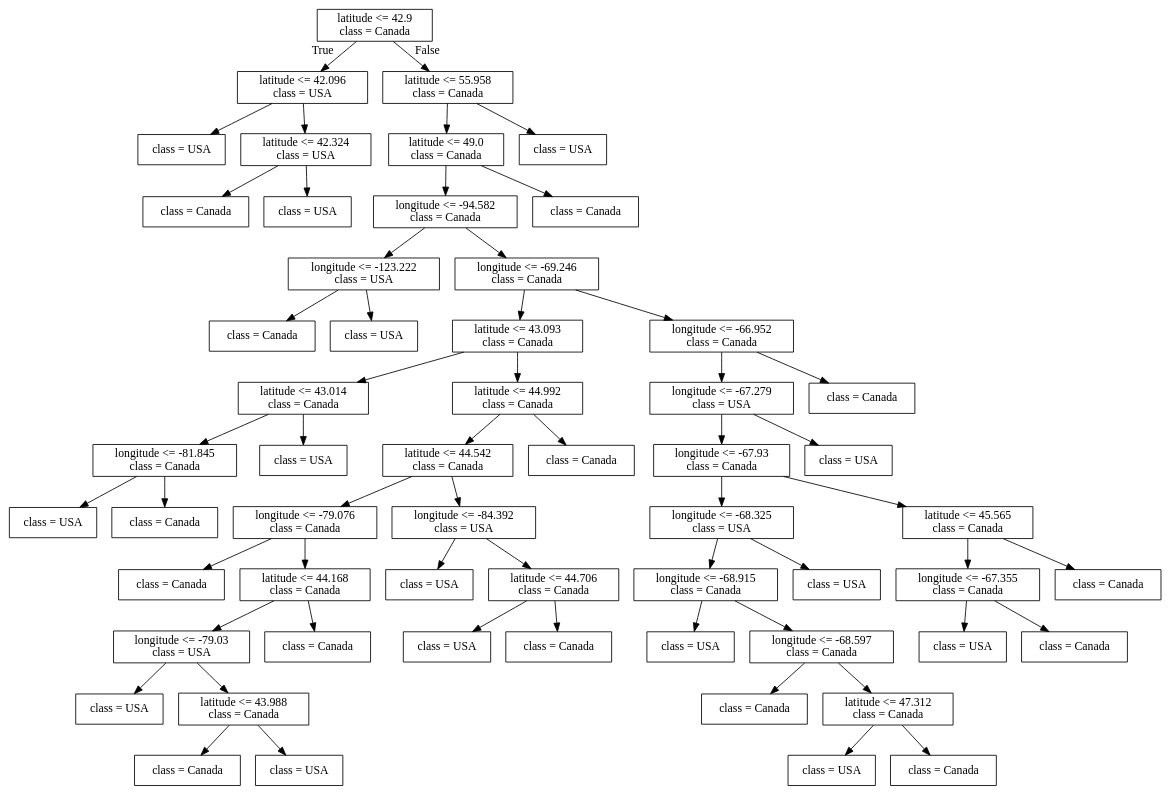
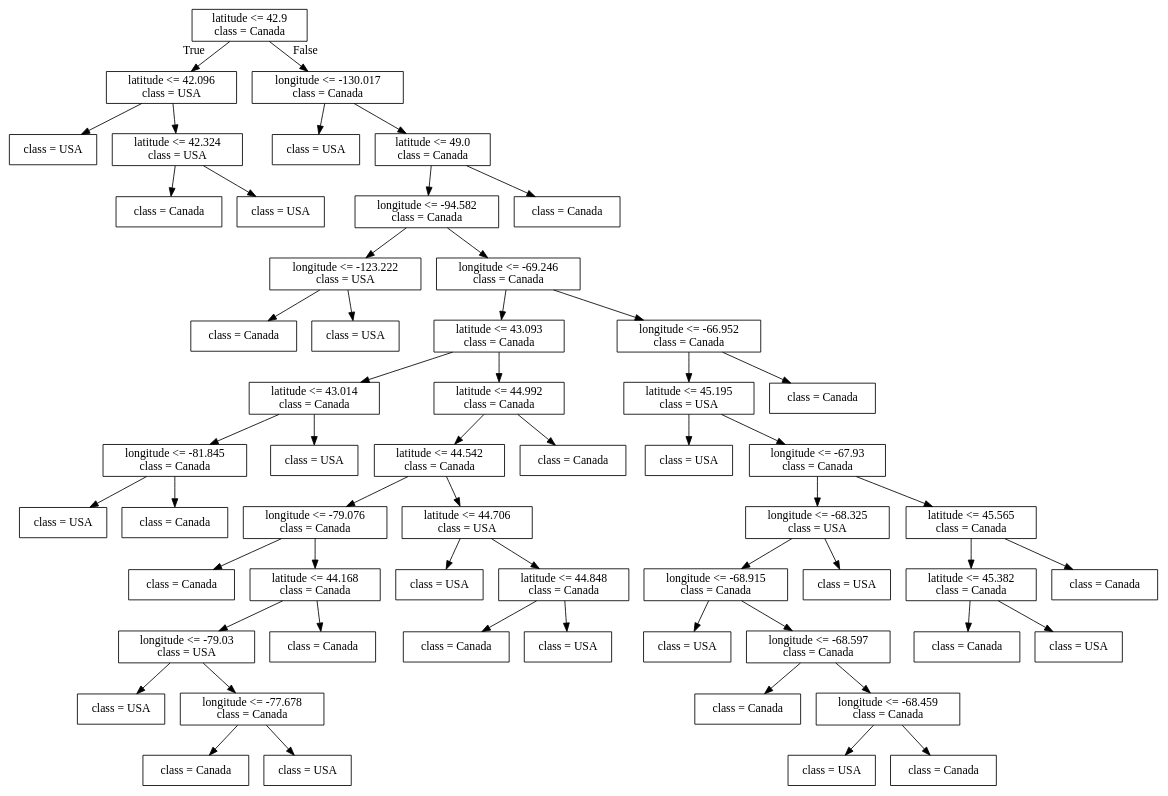
The diagram in lectures/Source.gv (bait509-ubc/BAIT509), drawn with Graphviz before and after one commit. The commit also changed 83 other files, not shown here.

```diff
--- a/lectures/Source.gv
+++ b/lectures/Source.gv
@@ -1,116 +1,116 @@
 digraph Tree {
 node [shape=box] ;
 0 [label="latitude <= 42.9\nclass = Canada"] ;
 1 [label="latitude <= 42.096\nclass = USA"] ;
 0 -> 1 [labeldistance=2.5, labelangle=45, headlabel="True"] ;
 2 [label="class = USA"] ;
 1 -> 2 ;
 3 [label="latitude <= 42.324\nclass = USA"] ;
 1 -> 3 ;
 4 [label="class = Canada"] ;
 3 -> 4 ;
 5 [label="class = USA"] ;
 3 -> 5 ;
-6 [label="latitude <= 55.958\nclass = Canada"] ;
+6 [label="longitude <= -130.017\nclass = Canada"] ;
 0 -> 6 [labeldistance=2.5, labelangle=-45, headlabel="False"] ;
-7 [label="latitude <= 49.0\nclass = Canada"] ;
+7 [label="class = USA"] ;
 6 -> 7 ;
-8 [label="longitude <= -94.582\nclass = Canada"] ;
-7 -> 8 ;
-9 [label="longitude <= -123.222\nclass = USA"] ;
+8 [label="latitude <= 49.0\nclass = Canada"] ;
+6 -> 8 ;
+9 [label="longitude <= -94.582\nclass = Canada"] ;
 8 -> 9 ;
-10 [label="class = Canada"] ;
+10 [label="longitude <= -123.222\nclass = USA"] ;
 9 -> 10 ;
-11 [label="class = USA"] ;
-9 -> 11 ;
-12 [label="longitude <= -69.246\nclass = Canada"] ;
-8 -> 12 ;
-13 [label="latitude <= 43.093\nclass = Canada"] ;
-12 -> 13 ;
-14 [label="latitude <= 43.014\nclass = Canada"] ;
+11 [label="class = Canada"] ;
+10 -> 11 ;
+12 [label="class = USA"] ;
+10 -> 12 ;
+13 [label="longitude <= -69.246\nclass = Canada"] ;
+9 -> 13 ;
+14 [label="latitude <= 43.093\nclass = Canada"] ;
 13 -> 14 ;
-15 [label="longitude <= -81.845\nclass = Canada"] ;
+15 [label="latitude <= 43.014\nclass = Canada"] ;
 14 -> 15 ;
-16 [label="class = USA"] ;
+16 [label="longitude <= -81.845\nclass = Canada"] ;
 15 -> 16 ;
-17 [label="class = Canada"] ;
-15 -> 17 ;
-18 [label="class = USA"] ;
-14 -> 18 ;
-19 [label="latitude <= 44.992\nclass = Canada"] ;
-13 -> 19 ;
-20 [label="latitude <= 44.542\nclass = Canada"] ;
-19 -> 20 ;
-21 [label="longitude <= -79.076\nclass = Canada"] ;
+17 [label="class = USA"] ;
+16 -> 17 ;
+18 [label="class = Canada"] ;
+16 -> 18 ;
+19 [label="class = USA"] ;
+15 -> 19 ;
+20 [label="latitude <= 44.992\nclass = Canada"] ;
+14 -> 20 ;
+21 [label="latitude <= 44.542\nclass = Canada"] ;
 20 -> 21 ;
-22 [label="class = Canada"] ;
+22 [label="longitude <= -79.076\nclass = Canada"] ;
 21 -> 22 ;
-23 [label="latitude <= 44.168\nclass = Canada"] ;
-21 -> 23 ;
-24 [label="longitude <= -79.03\nclass = USA"] ;
-23 -> 24 ;
-25 [label="class = USA"] ;
+23 [label="class = Canada"] ;
+22 -> 23 ;
+24 [label="latitude <= 44.168\nclass = Canada"] ;
+22 -> 24 ;
+25 [label="longitude <= -79.03\nclass = USA"] ;
 24 -> 25 ;
-26 [label="latitude <= 43.988\nclass = Canada"] ;
-24 -> 26 ;
-27 [label="class = Canada"] ;
-26 -> 27 ;
-28 [label="class = USA"] ;
-26 -> 28 ;
-29 [label="class = Canada"] ;
-23 -> 29 ;
-30 [label="longitude <= -84.392\nclass = USA"] ;
-20 -> 30 ;
-31 [label="class = USA"] ;
-30 -> 31 ;
-32 [label="latitude <= 44.706\nclass = Canada"] ;
-30 -> 32 ;
-33 [label="class = USA"] ;
-32 -> 33 ;
+26 [label="class = USA"] ;
+25 -> 26 ;
+27 [label="longitude <= -77.678\nclass = Canada"] ;
+25 -> 27 ;
+28 [label="class = Canada"] ;
+27 -> 28 ;
+29 [label="class = USA"] ;
+27 -> 29 ;
+30 [label="class = Canada"] ;
+24 -> 30 ;
+31 [label="latitude <= 44.706\nclass = USA"] ;
+21 -> 31 ;
+32 [label="class = USA"] ;
+31 -> 32 ;
+33 [label="latitude <= 44.848\nclass = Canada"] ;
+31 -> 33 ;
 34 [label="class = Canada"] ;
-32 -> 34 ;
-35 [label="class = Canada"] ;
-19 -> 35 ;
-36 [label="longitude <= -66.952\nclass = Canada"] ;
-12 -> 36 ;
-37 [label="longitude <= -67.279\nclass = USA"] ;
-36 -> 37 ;
-38 [label="longitude <= -67.93\nclass = Canada"] ;
+33 -> 34 ;
+35 [label="class = USA"] ;
+33 -> 35 ;
+36 [label="class = Canada"] ;
+20 -> 36 ;
+37 [label="longitude <= -66.952\nclass = Canada"] ;
+13 -> 37 ;
+38 [label="latitude <= 45.195\nclass = USA"] ;
 37 -> 38 ;
-39 [label="longitude <= -68.325\nclass = USA"] ;
+39 [label="class = USA"] ;
 38 -> 39 ;
-40 [label="longitude <= -68.915\nclass = Canada"] ;
-39 -> 40 ;
-41 [label="class = USA"] ;
+40 [label="longitude <= -67.93\nclass = Canada"] ;
+38 -> 40 ;
+41 [label="longitude <= -68.325\nclass = USA"] ;
 40 -> 41 ;
-42 [label="longitude <= -68.597\nclass = Canada"] ;
-40 -> 42 ;
-43 [label="class = Canada"] ;
+42 [label="longitude <= -68.915\nclass = Canada"] ;
+41 -> 42 ;
+43 [label="class = USA"] ;
 42 -> 43 ;
-44 [label="latitude <= 47.312\nclass = Canada"] ;
+44 [label="longitude <= -68.597\nclass = Canada"] ;
 42 -> 44 ;
-45 [label="class = USA"] ;
+45 [label="class = Canada"] ;
 44 -> 45 ;
-46 [label="class = Canada"] ;
+46 [label="longitude <= -68.459\nclass = Canada"] ;
 44 -> 46 ;
 47 [label="class = USA"] ;
-39 -> 47 ;
-48 [label="latitude <= 45.565\nclass = Canada"] ;
-38 -> 48 ;
-49 [label="longitude <= -67.355\nclass = Canada"] ;
-48 -> 49 ;
-50 [label="class = USA"] ;
-49 -> 50 ;
-51 [label="class = Canada"] ;
-49 -> 51 ;
+46 -> 47 ;
+48 [label="class = Canada"] ;
+46 -> 48 ;
+49 [label="class = USA"] ;
+41 -> 49 ;
+50 [label="latitude <= 45.565\nclass = Canada"] ;
+40 -> 50 ;
+51 [label="latitude <= 45.382\nclass = Canada"] ;
+50 -> 51 ;
 52 [label="class = Canada"] ;
-48 -> 52 ;
+51 -> 52 ;
 53 [label="class = USA"] ;
-37 -> 53 ;
+51 -> 53 ;
 54 [label="class = Canada"] ;
-36 -> 54 ;
+50 -> 54 ;
 55 [label="class = Canada"] ;
-7 -> 55 ;
-56 [label="class = USA"] ;
-6 -> 56 ;
+37 -> 55 ;
+56 [label="class = Canada"] ;
+8 -> 56 ;
 }
```
